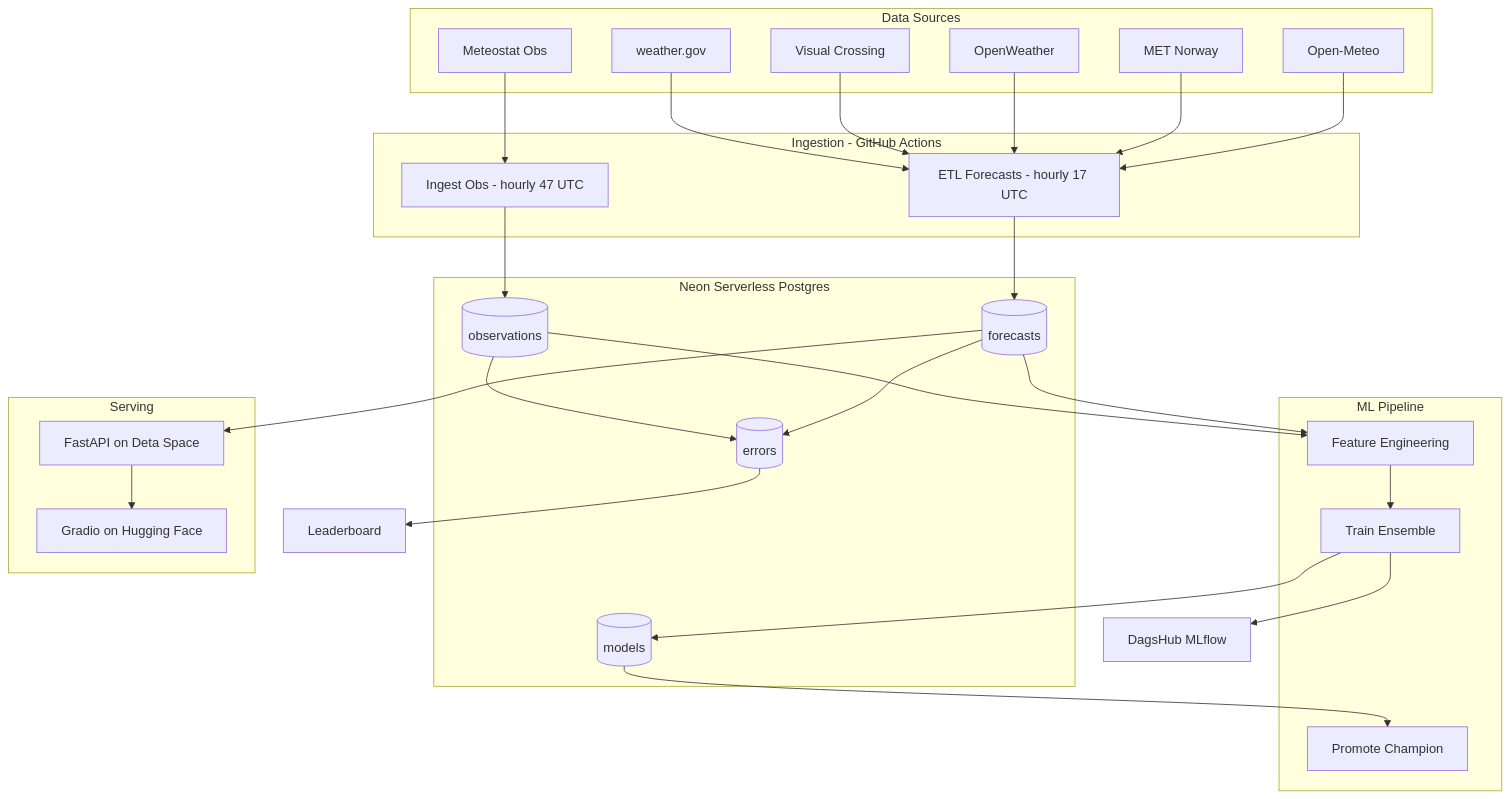
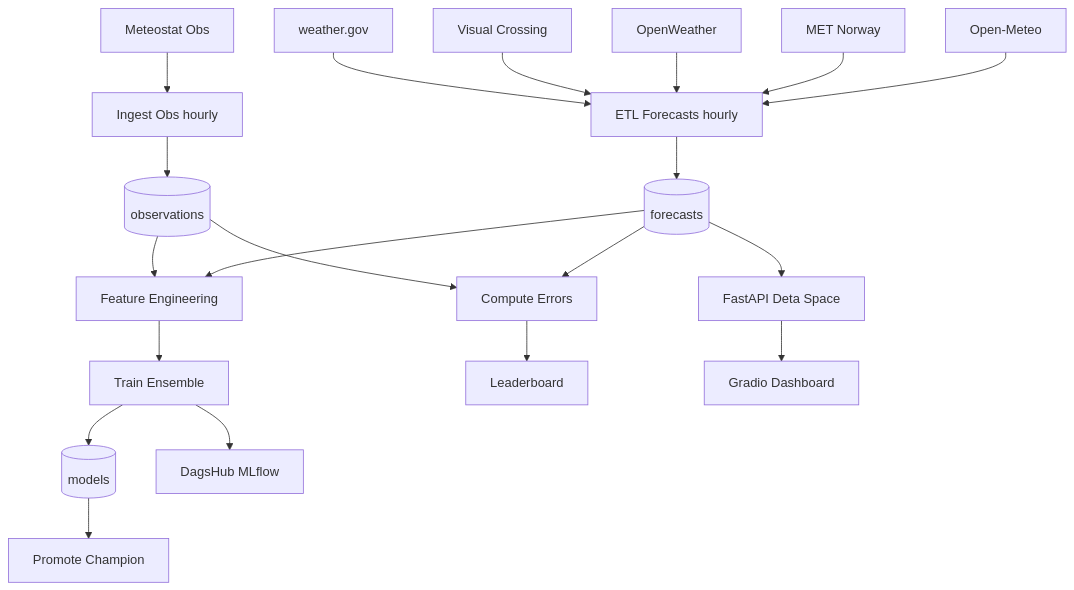
One commit to JepStar990/weather-mlops-forecasts changed the first of 3 diagrams in README.md. Above: the diagram before and after it, drawn with Mermaid. The commit also changed other lines of this file, not shown here.

Commit message:
fix: use ultra-conservative Mermaid syntax for GitHub renderer
- Remove subgraphs entirely (quoted labels break GitHub Mermaid)
- Use graph TD/LR instead of graph TB/flowchart LR
- Remove all special characters from node labels
- Simplify ER diagram entity names and relationship labels
- Remove all colons and slashes from Mermaid labels

````diff
--- a/README.md
+++ b/README.md
@@ -16,60 +16,31 @@
 ```mermaid
-graph TB
-    subgraph Sources["Data Sources"]
-        OM[Open-Meteo]
-        MET[MET Norway]
-        OW[OpenWeather]
-        VC[Visual Crossing]
-        NWS[weather.gov]
-        MS[Meteostat Obs]
-    end
+graph TD
+    OM[Open-Meteo] --> ETL
+    MET[MET Norway] --> ETL
+    OW[OpenWeather] --> ETL
+    VC[Visual Crossing] --> ETL
+    NWS[weather.gov] --> ETL
+    MS[Meteostat Obs] --> OBS
 
-    subgraph Ingest["Ingestion - GitHub Actions"]
-        ETL[ETL Forecasts - hourly 17 UTC]
-        OBS[Ingest Obs - hourly 47 UTC]
-    end
+    ETL[ETL Forecasts hourly] --> FCT
+    OBS[Ingest Obs hourly] --> OBT
 
-    subgraph DB["Neon Serverless Postgres"]
-        FCT[(forecasts)]
-        OBT[(observations)]
-        ERR[(errors)]
-        MDL[(models)]
-    end
-
-    subgraph ML["ML Pipeline"]
-        FEAT[Feature Engineering]
-        TRAIN[Train Ensemble]
-        PROMO[Promote Champion]
-    end
-
-    subgraph Serve["Serving"]
-        API[FastAPI on Deta Space]
-        DASH[Gradio on Hugging Face]
-    end
-
-    MLFLOW[DagsHub MLflow]
-
-    OM --> ETL
-    MET --> ETL
-    OW --> ETL
-    VC --> ETL
-    NWS --> ETL
-    MS --> OBS
-
-    ETL --> FCT
-    OBS --> OBT
-
-    FCT --> FEAT
-    OBT --> FEAT
-    FEAT --> TRAIN
-    TRAIN --> MDL
+    FCT[(forecasts)] --> FEAT
+    OBT[(observations)] --> FEAT
+    FEAT[Feature Engineering] --> TRAIN
+    TRAIN[Train Ensemble] --> MDL
     TRAIN --> MLFLOW
-    MDL --> PROMO
+    MDL[(models)] --> PROMO
+    PROMO[Promote Champion]
 
     FCT --> ERR
     OBT --> ERR
-    ERR --> LB[Leaderboard]
+    ERR[Compute Errors] --> LB
 
     FCT --> API
-    API --> DASH
+    API[FastAPI Deta Space] --> DASH
+    DASH[Gradio Dashboard]
+
+    MLFLOW[DagsHub MLflow]
+    LB[Leaderboard]
 ```
````
